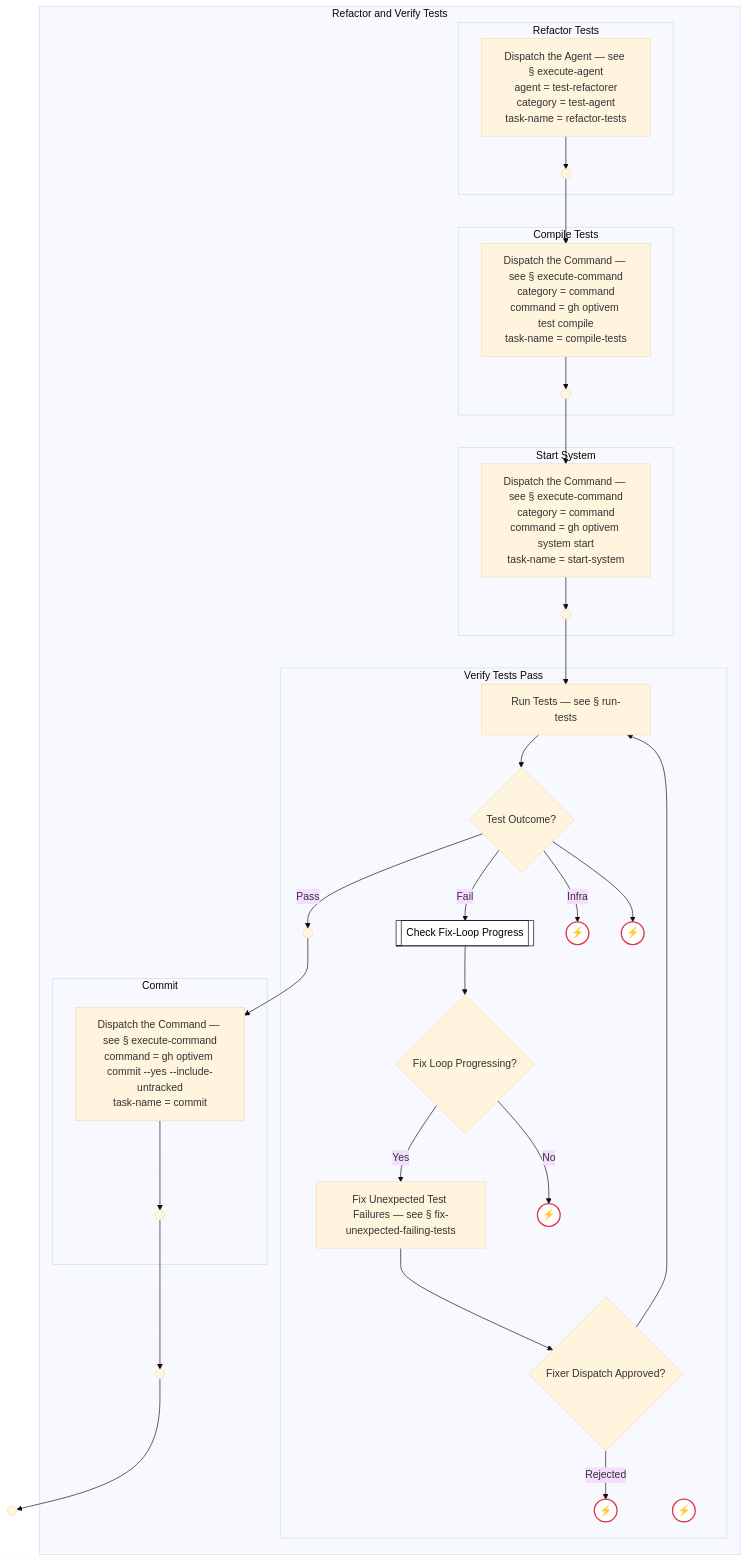
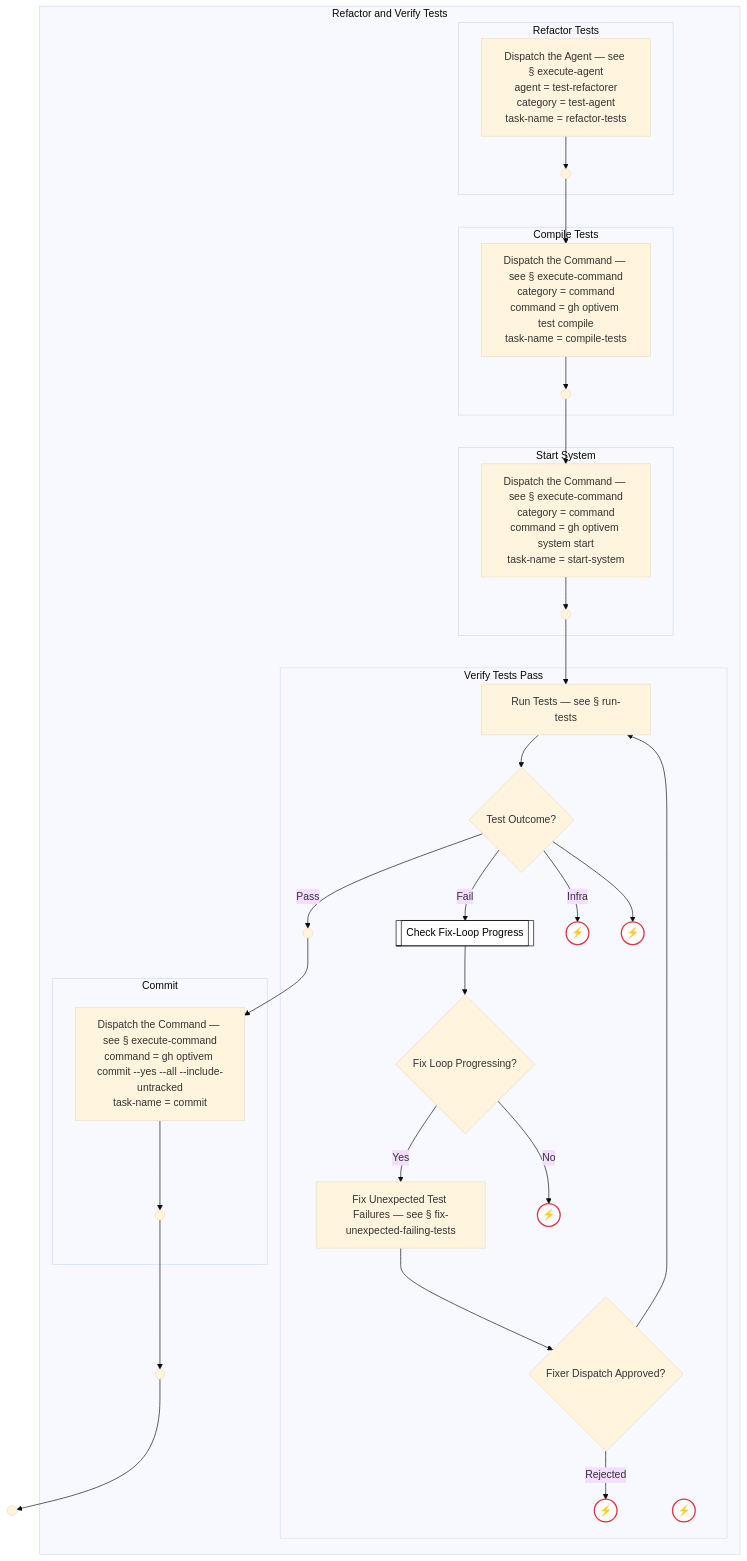
Before and after one commit to optivem/gh-optivem: the tenth of 11 diagrams in docs/process-diagram-expanded.md, drawn with Mermaid (base theme). The commit also changed other lines of this file and 2 other files, not shown here.

Commit message:
atdd: regenerate process-flow diagram

````diff
--- a/docs/process-diagram-expanded.md
+++ b/docs/process-diagram-expanded.md
@@ -687,65 +687,65 @@
 ```mermaid
 flowchart TD
     REFACTOR_TEST_STRUCTURE_END(( ))
     subgraph REFACTOR_AND_VERIFY_TESTS[Refactor and Verify Tests]
     REFACTOR_AND_VERIFY_TESTS__REFACTOR_AND_VERIFY_TESTS_END(( ))
     subgraph REFACTOR_AND_VERIFY_TESTS__REFACTOR_TESTS[Refactor Tests]
     REFACTOR_AND_VERIFY_TESTS__REFACTOR_TESTS__EXECUTE_AGENT["Dispatch the Agent — see § execute-agent<br/>agent = test-refactorer<br/>category = test-agent<br/>task-name = refactor-tests"]
     REFACTOR_AND_VERIFY_TESTS__REFACTOR_TESTS__REFACTOR_TESTS_END(( ))
     end
     subgraph REFACTOR_AND_VERIFY_TESTS__COMPILE_TESTS[Compile Tests]
     REFACTOR_AND_VERIFY_TESTS__COMPILE_TESTS__EXECUTE_COMMAND["Dispatch the Command — see § execute-command<br/>category = command<br/>command = gh optivem test compile<br/>task-name = compile-tests"]
     REFACTOR_AND_VERIFY_TESTS__COMPILE_TESTS__COMPILE_TESTS_END(( ))
     end
     subgraph REFACTOR_AND_VERIFY_TESTS__START_SYSTEM[Start System]
     REFACTOR_AND_VERIFY_TESTS__START_SYSTEM__EXECUTE_COMMAND["Dispatch the Command — see § execute-command<br/>category = command<br/>command = gh optivem system start<br/>task-name = start-system"]
     REFACTOR_AND_VERIFY_TESTS__START_SYSTEM__START_SYS_END(( ))
     end
     subgraph REFACTOR_AND_VERIFY_TESTS__VERIFY_TESTS_PASS[Verify Tests Pass]
     REFACTOR_AND_VERIFY_TESTS__VERIFY_TESTS_PASS__RUN_TESTS[Run Tests — see § run-tests]
     REFACTOR_AND_VERIFY_TESTS__VERIFY_TESTS_PASS__GATE_TESTS_OUTCOME{Test Outcome?}
     REFACTOR_AND_VERIFY_TESTS__VERIFY_TESTS_PASS__VERIFY_PASS_END(( ))
     REFACTOR_AND_VERIFY_TESTS__VERIFY_TESTS_PASS__CHECK_FIX_PROGRESS[[Check Fix-Loop Progress]]
     REFACTOR_AND_VERIFY_TESTS__VERIFY_TESTS_PASS__TESTS_INFRA_HALT((⚡))
     REFACTOR_AND_VERIFY_TESTS__VERIFY_TESTS_PASS__UNKNOWN_TESTS_OUTCOME((⚡))
     REFACTOR_AND_VERIFY_TESTS__VERIFY_TESTS_PASS__GATE_FIX_PROGRESSING{Fix Loop Progressing?}
     REFACTOR_AND_VERIFY_TESTS__VERIFY_TESTS_PASS__FIX_UNEXPECTED_FAILING_TESTS[Fix Unexpected Test Failures — see § fix-unexpected-failing-tests]
     REFACTOR_AND_VERIFY_TESTS__VERIFY_TESTS_PASS__FIX_LOOP_NO_PROGRESS_EXHAUSTED((⚡))
     REFACTOR_AND_VERIFY_TESTS__VERIFY_TESTS_PASS__GATE_FIX_FLOW_APPROVED{Fixer Dispatch Approved?}
     REFACTOR_AND_VERIFY_TESTS__VERIFY_TESTS_PASS__FIX_FLOW_NOT_APPROVED((⚡))
     REFACTOR_AND_VERIFY_TESTS__VERIFY_TESTS_PASS__FIX_LOOP_EXHAUSTED((⚡))
     end
     subgraph REFACTOR_AND_VERIFY_TESTS__COMMIT_TESTS[Commit]
-    REFACTOR_AND_VERIFY_TESTS__COMMIT_TESTS__EXECUTE_COMMAND["Dispatch the Command — see § execute-command<br/>command = gh optivem commit --yes --include-untracked<br/>task-name = commit"]
+    REFACTOR_AND_VERIFY_TESTS__COMMIT_TESTS__EXECUTE_COMMAND["Dispatch the Command — see § execute-command<br/>command = gh optivem commit --yes --all --include-untracked<br/>task-name = commit"]
     REFACTOR_AND_VERIFY_TESTS__COMMIT_TESTS__COMMIT_MID_END(( ))
     end
     end
 
     REFACTOR_AND_VERIFY_TESTS__REFACTOR_TESTS__EXECUTE_AGENT --> REFACTOR_AND_VERIFY_TESTS__REFACTOR_TESTS__REFACTOR_TESTS_END
     REFACTOR_AND_VERIFY_TESTS__COMPILE_TESTS__EXECUTE_COMMAND --> REFACTOR_AND_VERIFY_TESTS__COMPILE_TESTS__COMPILE_TESTS_END
     REFACTOR_AND_VERIFY_TESTS__START_SYSTEM__EXECUTE_COMMAND --> REFACTOR_AND_VERIFY_TESTS__START_SYSTEM__START_SYS_END
     REFACTOR_AND_VERIFY_TESTS__VERIFY_TESTS_PASS__RUN_TESTS --> REFACTOR_AND_VERIFY_TESTS__VERIFY_TESTS_PASS__GATE_TESTS_OUTCOME
     REFACTOR_AND_VERIFY_TESTS__VERIFY_TESTS_PASS__GATE_TESTS_OUTCOME -- Pass --> REFACTOR_AND_VERIFY_TESTS__VERIFY_TESTS_PASS__VERIFY_PASS_END
     REFACTOR_AND_VERIFY_TESTS__VERIFY_TESTS_PASS__GATE_TESTS_OUTCOME -- Fail --> REFACTOR_AND_VERIFY_TESTS__VERIFY_TESTS_PASS__CHECK_FIX_PROGRESS
     REFACTOR_AND_VERIFY_TESTS__VERIFY_TESTS_PASS__GATE_TESTS_OUTCOME -- Infra --> REFACTOR_AND_VERIFY_TESTS__VERIFY_TESTS_PASS__TESTS_INFRA_HALT
     REFACTOR_AND_VERIFY_TESTS__VERIFY_TESTS_PASS__GATE_TESTS_OUTCOME --> REFACTOR_AND_VERIFY_TESTS__VERIFY_TESTS_PASS__UNKNOWN_TESTS_OUTCOME
     REFACTOR_AND_VERIFY_TESTS__VERIFY_TESTS_PASS__CHECK_FIX_PROGRESS --> REFACTOR_AND_VERIFY_TESTS__VERIFY_TESTS_PASS__GATE_FIX_PROGRESSING
     REFACTOR_AND_VERIFY_TESTS__VERIFY_TESTS_PASS__GATE_FIX_PROGRESSING -- Yes --> REFACTOR_AND_VERIFY_TESTS__VERIFY_TESTS_PASS__FIX_UNEXPECTED_FAILING_TESTS
     REFACTOR_AND_VERIFY_TESTS__VERIFY_TESTS_PASS__GATE_FIX_PROGRESSING -- No --> REFACTOR_AND_VERIFY_TESTS__VERIFY_TESTS_PASS__FIX_LOOP_NO_PROGRESS_EXHAUSTED
     REFACTOR_AND_VERIFY_TESTS__VERIFY_TESTS_PASS__FIX_UNEXPECTED_FAILING_TESTS --> REFACTOR_AND_VERIFY_TESTS__VERIFY_TESTS_PASS__GATE_FIX_FLOW_APPROVED
     REFACTOR_AND_VERIFY_TESTS__VERIFY_TESTS_PASS__GATE_FIX_FLOW_APPROVED -- Rejected --> REFACTOR_AND_VERIFY_TESTS__VERIFY_TESTS_PASS__FIX_FLOW_NOT_APPROVED
     REFACTOR_AND_VERIFY_TESTS__VERIFY_TESTS_PASS__GATE_FIX_FLOW_APPROVED --> REFACTOR_AND_VERIFY_TESTS__VERIFY_TESTS_PASS__RUN_TESTS
     REFACTOR_AND_VERIFY_TESTS__COMMIT_TESTS__EXECUTE_COMMAND --> REFACTOR_AND_VERIFY_TESTS__COMMIT_TESTS__COMMIT_MID_END
     REFACTOR_AND_VERIFY_TESTS__REFACTOR_TESTS__REFACTOR_TESTS_END --> REFACTOR_AND_VERIFY_TESTS__COMPILE_TESTS__EXECUTE_COMMAND
     REFACTOR_AND_VERIFY_TESTS__COMPILE_TESTS__COMPILE_TESTS_END --> REFACTOR_AND_VERIFY_TESTS__START_SYSTEM__EXECUTE_COMMAND
     REFACTOR_AND_VERIFY_TESTS__START_SYSTEM__START_SYS_END --> REFACTOR_AND_VERIFY_TESTS__VERIFY_TESTS_PASS__RUN_TESTS
     REFACTOR_AND_VERIFY_TESTS__VERIFY_TESTS_PASS__VERIFY_PASS_END --> REFACTOR_AND_VERIFY_TESTS__COMMIT_TESTS__EXECUTE_COMMAND
     REFACTOR_AND_VERIFY_TESTS__COMMIT_TESTS__COMMIT_MID_END --> REFACTOR_AND_VERIFY_TESTS__REFACTOR_AND_VERIFY_TESTS_END
     REFACTOR_AND_VERIFY_TESTS__REFACTOR_AND_VERIFY_TESTS_END --> REFACTOR_TEST_STRUCTURE_END
 
     classDef serviceNode fill:#ffffff,stroke:#000000,stroke-width:1px,color:#000000
     class REFACTOR_AND_VERIFY_TESTS__VERIFY_TESTS_PASS__CHECK_FIX_PROGRESS serviceNode
 
     classDef errorEndNode fill:#ffffff,stroke:#dc3545,stroke-width:2px,color:#000000
     class REFACTOR_AND_VERIFY_TESTS__VERIFY_TESTS_PASS__TESTS_INFRA_HALT,REFACTOR_AND_VERIFY_TESTS__VERIFY_TESTS_PASS__UNKNOWN_TESTS_OUTCOME,REFACTOR_AND_VERIFY_TESTS__VERIFY_TESTS_PASS__FIX_LOOP_NO_PROGRESS_EXHAUSTED,REFACTOR_AND_VERIFY_TESTS__VERIFY_TESTS_PASS__FIX_FLOW_NOT_APPROVED,REFACTOR_AND_VERIFY_TESTS__VERIFY_TESTS_PASS__FIX_LOOP_EXHAUSTED errorEndNode
 ```
````
